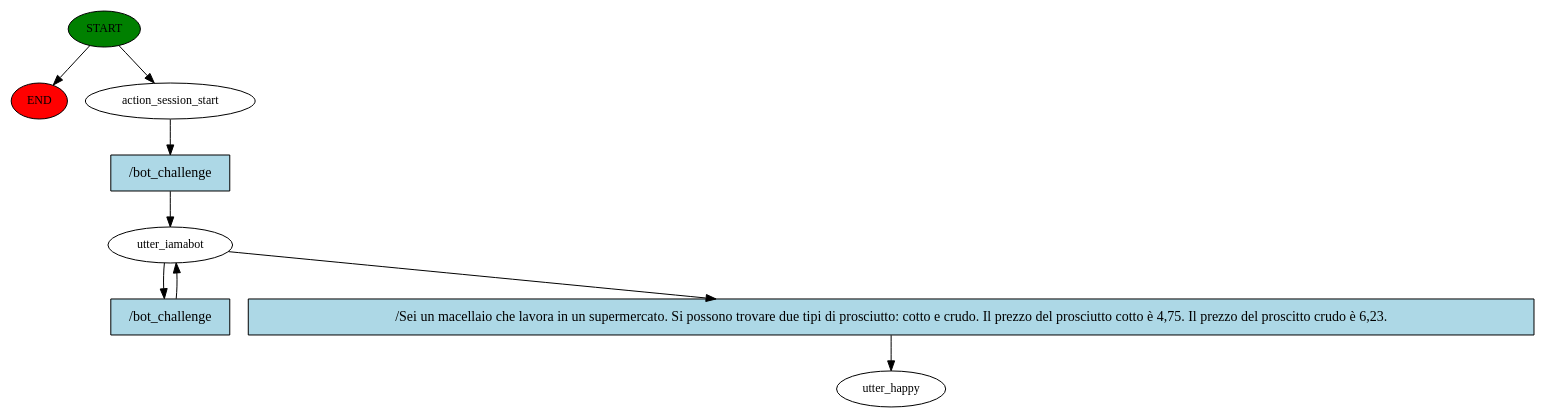
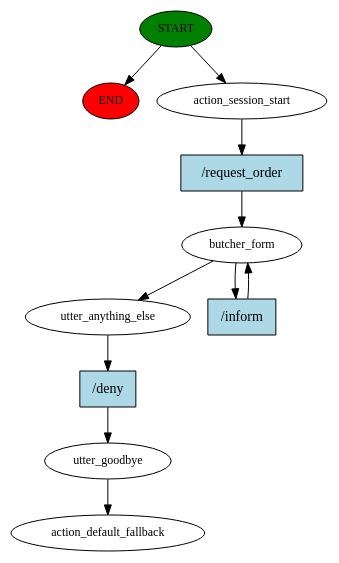
One commit to TheDanielPBerry/ItalianChatbotGame changed the diagram in llm/story_graph.dot. Above: the diagram before and after it, drawn with Graphviz. The commit also changed 28 other files, not shown here.

```diff
--- a/llm/story_graph.dot
+++ b/llm/story_graph.dot
@@ -1,18 +1,22 @@
 digraph  {
 0 [class="start active", fillcolor=green, fontsize=12, label=START, style=filled];
 "-1" [class=end, fillcolor=red, fontsize=12, label=END, style=filled];
 1 [class=active, fontsize=12, label=action_session_start];
-2 [class=active, fontsize=12, label=utter_iamabot];
-5 [class="dashed active", fontsize=12, label=utter_happy];
-6 [class="intent active", fillcolor=lightblue, label="/bot_challenge", shape=rect, style=filled];
-7 [class="intent active", fillcolor=lightblue, label="/bot_challenge", shape=rect, style=filled];
-8 [class="intent active", fillcolor=lightblue, label="/Sei un macellaio che lavora in un supermercato. Si possono trovare due tipi di prosciutto: cotto e crudo. Il prezzo del prosciutto cotto è 4,75. Il prezzo del proscitto crudo è 6,23.", shape=rect, style=filled];
+2 [class=active, fontsize=12, label=butcher_form];
+4 [class=active, fontsize=12, label=utter_anything_else];
+5 [class=active, fontsize=12, label=utter_goodbye];
+6 [class="dashed active", fontsize=12, label=action_default_fallback];
+7 [class="intent active", fillcolor=lightblue, label="/request_order", shape=rect, style=filled];
+8 [class="intent active", fillcolor=lightblue, label="/inform", shape=rect, style=filled];
+9 [class="intent active", fillcolor=lightblue, label="/deny", shape=rect, style=filled];
 0 -> "-1"  [class="", key=NONE, label=""];
 0 -> 1  [class=active, key=NONE, label=""];
-1 -> 6  [class=active, key=0];
-2 -> 7  [class=active, key=0];
+1 -> 7  [class=active, key=0];
+2 -> 4  [class=active, key=NONE, label=""];
 2 -> 8  [class=active, key=0];
-6 -> 2  [class=active, key=0];
+4 -> 9  [class=active, key=0];
+5 -> 6  [class=active, key=NONE, label=""];
 7 -> 2  [class=active, key=0];
-8 -> 5  [class=active, key=0];
+8 -> 2  [class=active, key=0];
+9 -> 5  [class=active, key=0];
 }
```
